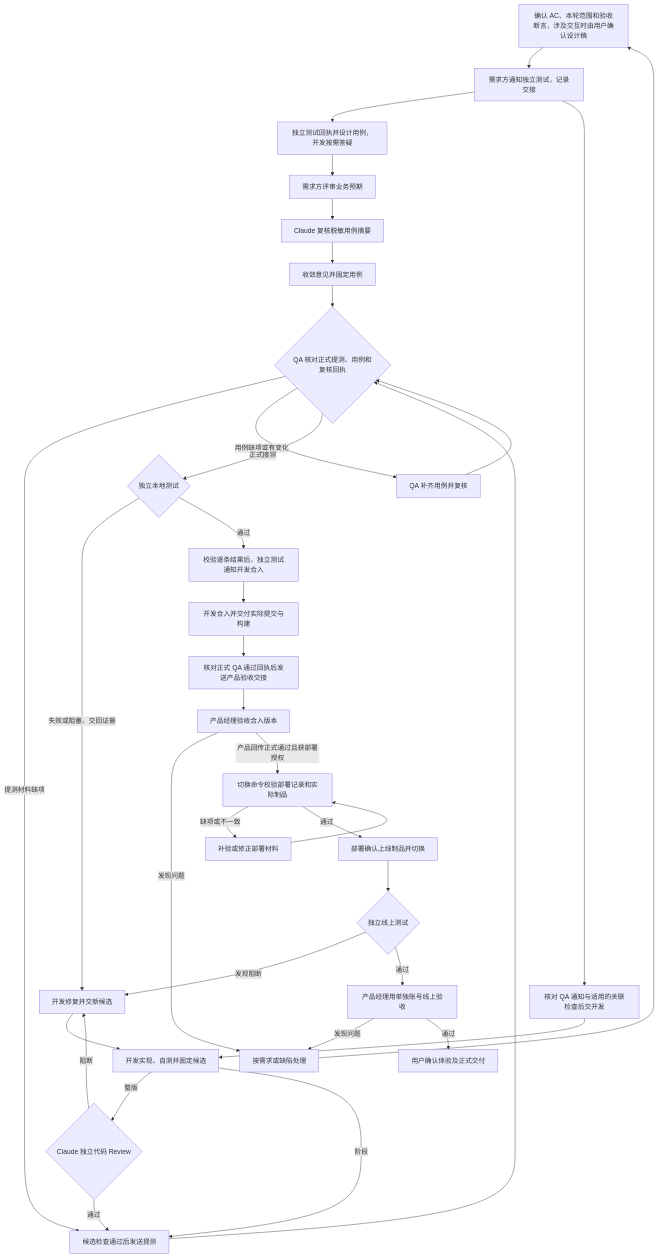
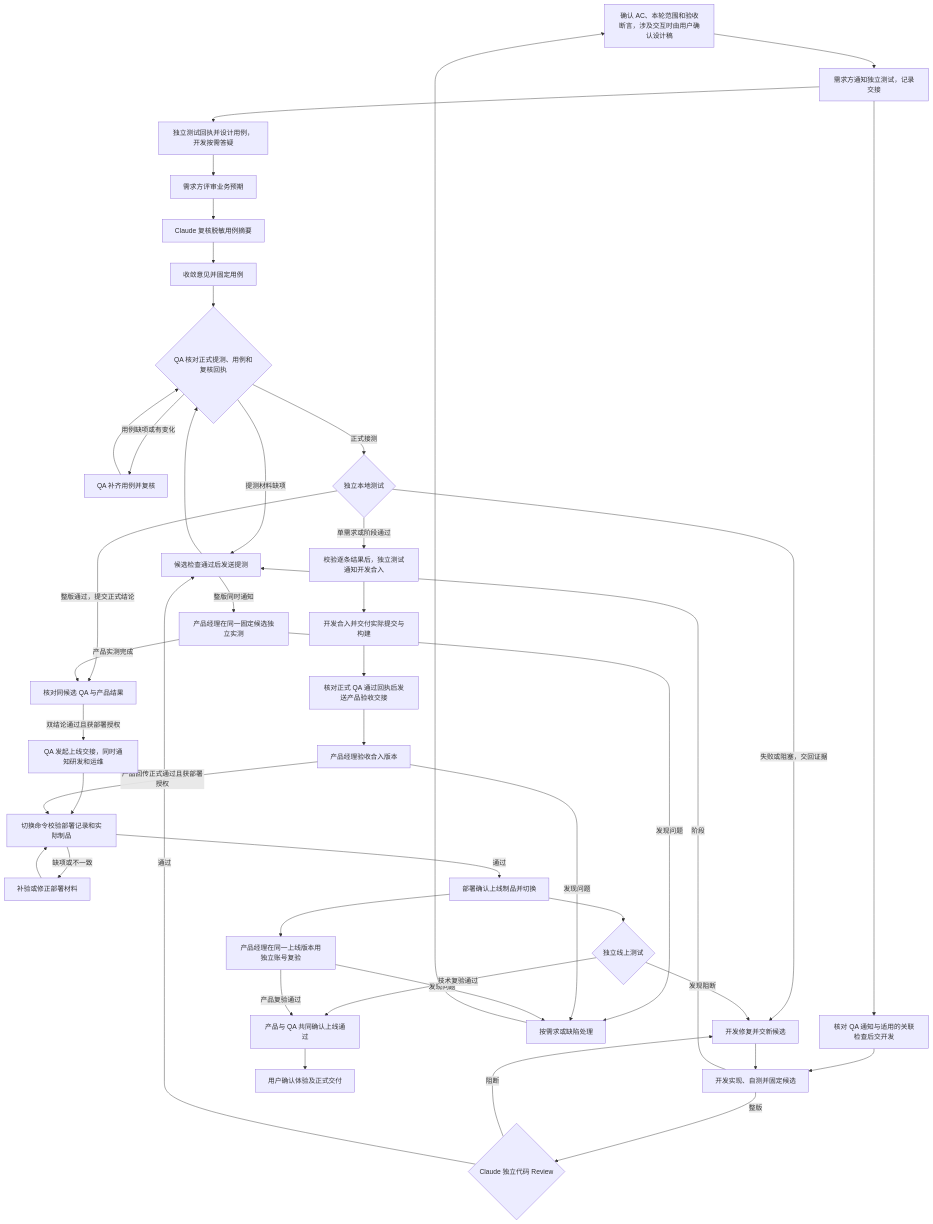
The diagram in docs/开发与验收流程.md (lns480672-eng/root-demo), drawn with Mermaid before and after one commit. The commit also changed other lines of this file and 30 other files, not shown here.

````diff
--- a/docs/开发与验收流程.md
+++ b/docs/开发与验收流程.md
@@ -22,37 +22,45 @@
 ```mermaid
 flowchart TD
     A["确认 AC、本轮范围和验收断言，涉及交互时由用户确认设计稿"] --> AN["需求方通知独立测试，记录交接"]
     AN --> B["独立测试回执并设计用例，开发按需答疑"]
     B --> C["需求方评审业务预期"]
     C --> D["Claude 复核脱敏用例摘要"]
     D --> E["收敛意见并固定用例"]
     AN --> O["核对 QA 通知与适用的关联检查后交开发"]
     E --> QA
     O --> F["开发实现、自测并固定候选"]
     F -->|整版| R{"Claude 独立代码 Review"}
     F -->|阶段| T
     R -->|阻断| H["开发修复并交新候选"]
     R -->|通过| T["候选检查通过后发送提测"]
+    T -->|整版同时通知| RP["产品经理在同一固定候选独立实测"]
     T --> QA{"QA 核对正式提测、用例和复核回执"}
     QA -->|提测材料缺项| T
     QA -->|用例缺项或有变化| QR["QA 补齐用例并复核"]
     QR --> QA
     QA -->|正式接测| G{"独立本地测试"}
     G -->|失败或阻塞，交回证据| H["开发修复并交新候选"]
     H --> F
-    G -->|通过| Q["校验逐条结果后，独立测试通知开发合入"]
+    G -->|整版通过，提交正式结论| RG["核对同候选 QA 与产品结果"]
+    RP -->|产品实测完成| RG
+    RP -->|发现问题| N
+    RG -->|双结论通过且获部署授权| RN["QA 发起上线交接，同时通知研发和运维"]
+    RN --> U
+    G -->|单需求或阶段通过| Q["校验逐条结果后，独立测试通知开发合入"]
     Q --> P["开发合入并交付实际提交与构建"]
     P --> PS["核对正式 QA 通过回执后发送产品验收交接"]
     PS --> I["产品经理验收合入版本"]
     I -->|发现问题| N["按需求或缺陷处理"]
     N --> A
     I -->|产品回传正式通过且获部署授权| U["切换命令校验部署记录和实际制品"]
     U -->|缺项或不一致| W["补验或修正部署材料"]
     W --> U
     U -->|通过| J["部署确认上线制品并切换"]
     J --> K{"独立线上测试"}
+    J --> L["产品经理在同一上线版本用独立账号复验"]
     K -->|发现阻断| H
-    K -->|通过| L["产品经理用单独账号线上验收"]
     L -->|发现问题| N
-    L -->|通过| M["用户确认体验及正式交付"]
+    K -->|技术复验通过| FG["产品与 QA 共同确认上线通过"]
+    L -->|产品复验通过| FG
+    FG --> M["用户确认体验及正式交付"]
 ```
````
